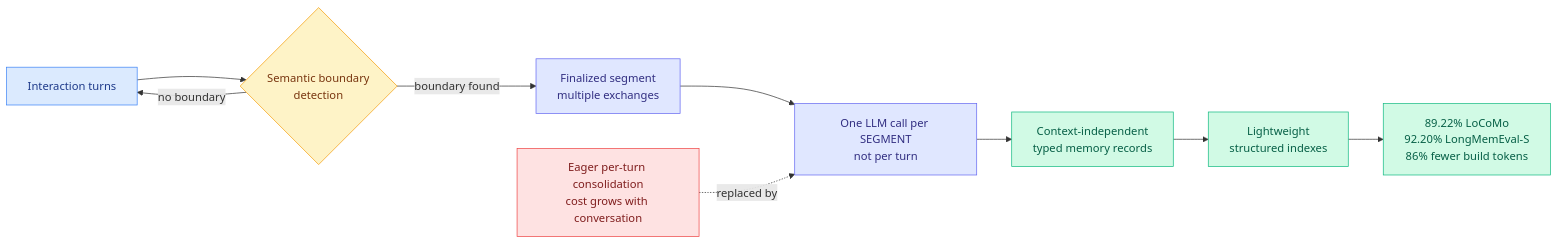
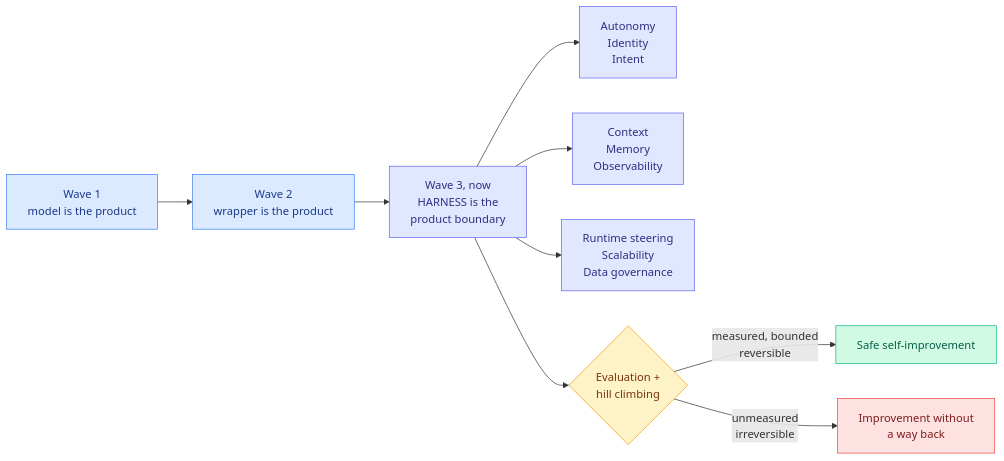
One commit to bayesiansapien/cere-bro changed the eighth of 9 diagrams in wiki/daily-digest/2026-08/2026-08-14.md. Above: the diagram before and after it, drawn with Mermaid. The commit also changed other lines of this file and 6 other files, not shown here.

````diff
--- a/wiki/daily-digest/2026-08/2026-08-14.md
+++ b/wiki/daily-digest/2026-08/2026-08-14.md
@@ -256,21 +454,21 @@
 ```mermaid
 flowchart LR
-  T[Interaction turns] --> BD{Semantic boundary<br/>detection}
-  BD -->|boundary found| SEG[Finalized segment<br/>multiple exchanges]
-  BD -->|no boundary| T
-  SEG --> ENC[One LLM call per SEGMENT<br/>not per turn]
-  ENC --> REC[Context-independent<br/>typed memory records]
-  REC --> IDX[Lightweight<br/>structured indexes]
-  IDX --> A[89.22% LoCoMo<br/>92.20% LongMemEval-S<br/>86% fewer build tokens]
-  EAGER[Eager per-turn consolidation<br/>cost grows with conversation] -.replaced by.-> ENC
+  W1[Wave 1<br/>model is the product] --> W2[Wave 2<br/>wrapper is the product]
+  W2 --> W3[Wave 3, now<br/>HARNESS is the<br/>product boundary]
+  W3 --> A[Autonomy<br/>Identity<br/>Intent]
+  W3 --> B[Context<br/>Memory<br/>Observability]
+  W3 --> C[Runtime steering<br/>Scalability<br/>Data governance]
+  W3 --> D{Evaluation +<br/>hill climbing}
+  D -->|measured, bounded<br/>reversible| OK[Safe self-improvement]
+  D -->|unmeasured<br/>irreversible| BAD[Improvement without<br/>a way back]
   classDef input fill:#dbeafe,stroke:#3b82f6,color:#1e3a8a
   classDef decision fill:#fef3c7,stroke:#f59e0b,color:#78350f
   classDef output fill:#d1fae5,stroke:#10b981,color:#065f46
   classDef warn fill:#fee2e2,stroke:#ef4444,color:#7f1d1d
   classDef aux fill:#e0e7ff,stroke:#6366f1,color:#312e81
-  class T input
-  class BD decision
-  class REC,IDX,A output
-  class EAGER warn
-  class SEG,ENC aux
+  class W1,W2 input
+  class D decision
+  class OK output
+  class BAD warn
+  class W3,A,B,C aux
 ```
````
